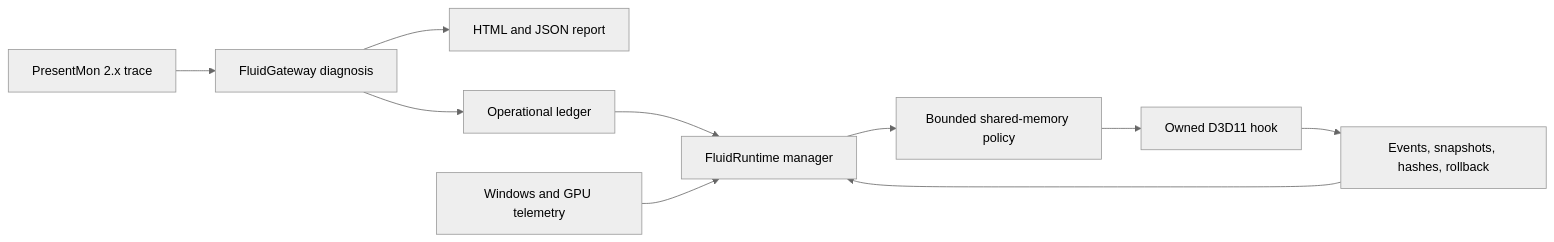
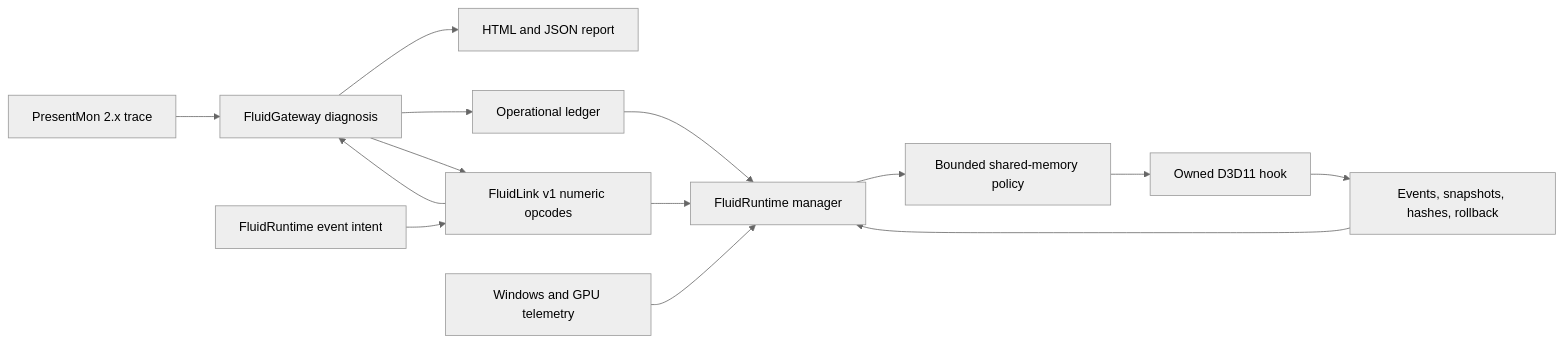
One commit to maxhuntert1414-max/FluidGateway changed the diagram in README.md. Above: the diagram before and after it, drawn with Mermaid (neutral theme). The commit also changed other lines of this file and 8 other files, not shown here.

Commit message:
feat: add FluidLink v1 binary transport

````diff
--- a/README.md
+++ b/README.md
@@ -113,12 +114,16 @@
 ```mermaid
 flowchart LR
     PM["PresentMon 2.x trace"] --> FG["FluidGateway diagnosis"]
     FG --> HR["HTML and JSON report"]
     FG --> OL["Operational ledger"]
-    OL --> MR["FluidRuntime manager"]
+    FR["FluidRuntime event intent"] --> FL["FluidLink v1 numeric opcodes"]
+    FL --> FG
+    FG --> FL
+    FL --> MR["FluidRuntime manager"]
+    OL --> MR
     WT["Windows and GPU telemetry"] --> MR
     MR --> CP["Bounded shared-memory policy"]
     CP --> HK["Owned D3D11 hook"]
     HK --> EV["Events, snapshots, hashes, rollback"]
     EV --> MR
 ```
````
